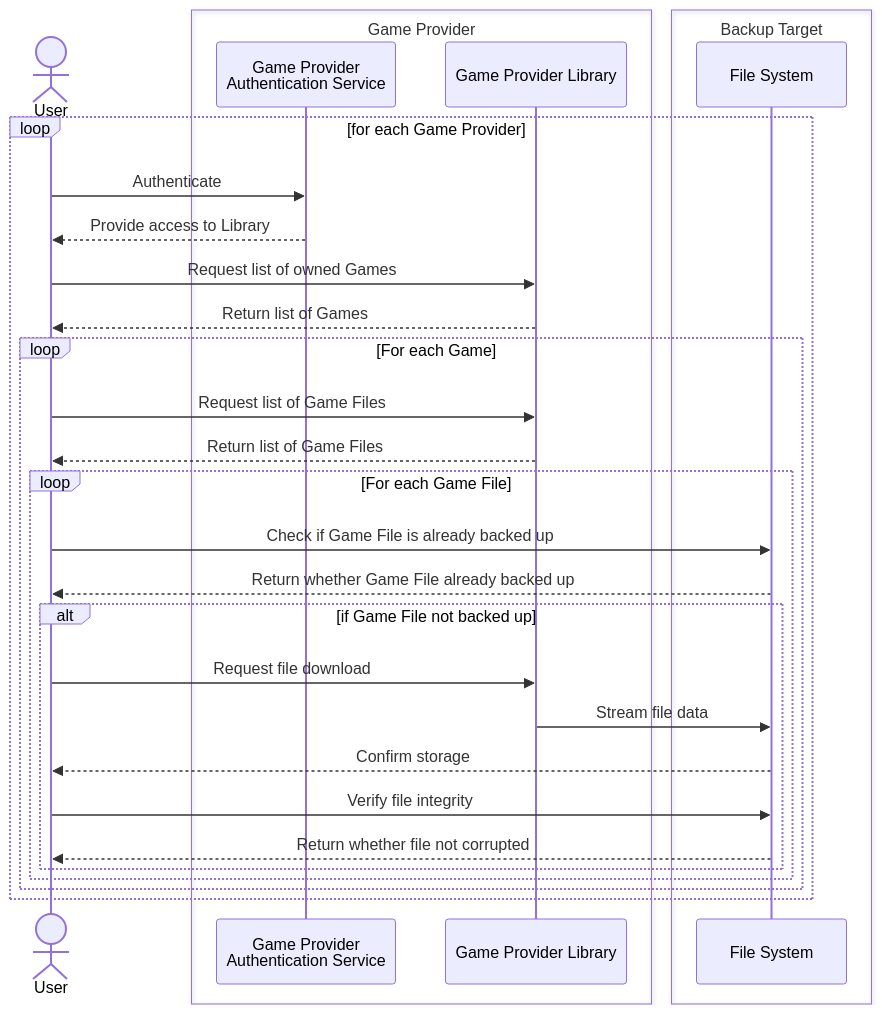
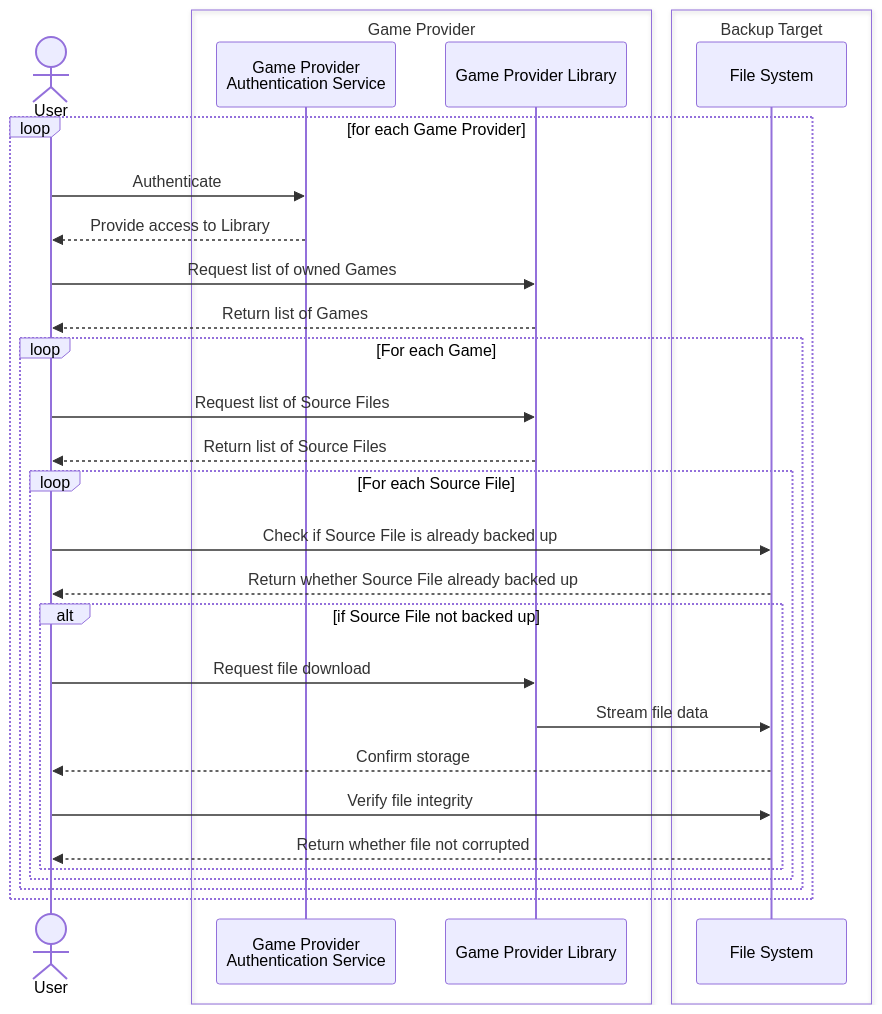
Before and after one commit to daniel-frak/backity: the first of 2 diagrams in docs/backup-workflow.md, drawn with Mermaid. The commit also changed other lines of this file and 239 other files, not shown here.

Commit message:
feat: Rename GameFile to FileSource

````diff
--- a/docs/backup-workflow.md
+++ b/docs/backup-workflow.md
@@ -9,36 +9,36 @@
 ```mermaid
 sequenceDiagram
     actor User
     box transparent Game Provider
         participant GameProviderAuth as Game Provider <br> Authentication Service
         participant GameProviderLibrary as Game Provider Library
     end
     box transparent Backup Target
         participant FileSystem as File System
     end
 
     loop for each Game Provider
         User->>GameProviderAuth: Authenticate
         GameProviderAuth-->>User: Provide access to Library
 
         User->>GameProviderLibrary: Request list of owned Games
         GameProviderLibrary-->>User: Return list of Games
 
         loop For each Game
-            User->>GameProviderLibrary: Request list of Game Files
-            GameProviderLibrary-->>User: Return list of Game Files
+            User->>GameProviderLibrary: Request list of Source Files
+            GameProviderLibrary-->>User: Return list of Source Files
 
-            loop For each Game File
-                User->>FileSystem: Check if Game File is already backed up
-                FileSystem-->>User: Return whether Game File already backed up
-                alt if Game File not backed up
+            loop For each Source File
+                User->>FileSystem: Check if Source File is already backed up
+                FileSystem-->>User: Return whether Source File already backed up
+                alt if Source File not backed up
                     User->>GameProviderLibrary: Request file download
                     GameProviderLibrary->>FileSystem: Stream file data
                     FileSystem-->>User: Confirm storage
                     User->>FileSystem: Verify file integrity
                     FileSystem-->>User: Return whether file not corrupted
                 end
             end
         end
     end
 ```
````
